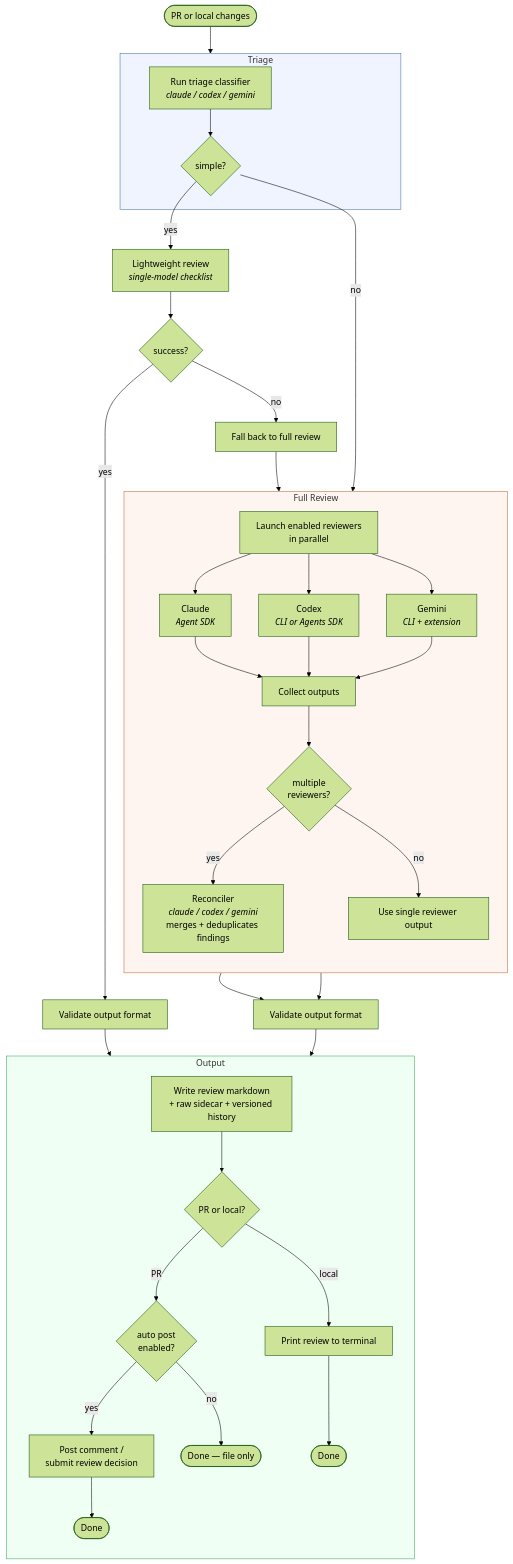
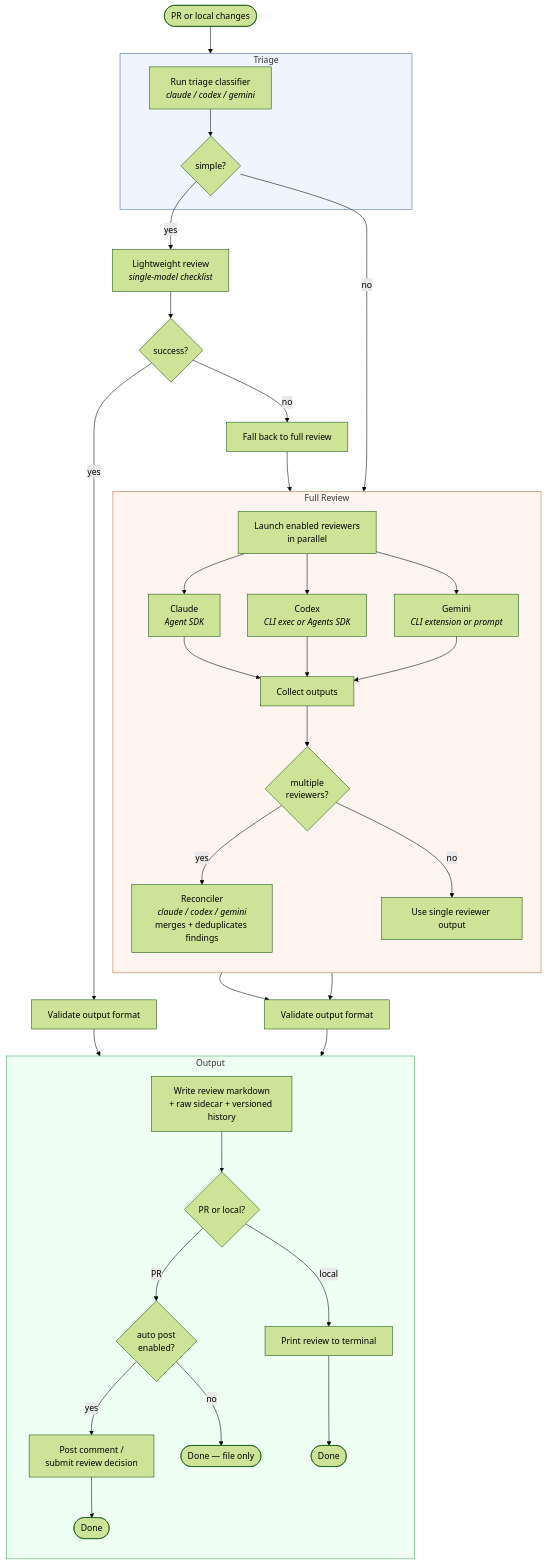
Before and after one commit to Inkvi/code-reviewer: the diagram in README.md, drawn with Mermaid (forest theme). The commit also changed other lines of this file and 27 other files, not shown here.

````diff
--- a/README.md
+++ b/README.md
@@ -233,54 +316,54 @@
 ```mermaid
 flowchart TD
     Start([PR or local changes]) --> Triage
 
     subgraph Triage
         T[Run triage classifier<br><i>claude / codex / gemini</i>]
         T --> Simple{simple?}
     end
 
     Simple -->|yes| LW[Lightweight review<br><i>single-model checklist</i>]
     LW --> LWValid{success?}
     LWValid -->|yes| Validate1[Validate output format]
     LWValid -->|no| Fallback[Fall back to full review]
     Validate1 --> Output
 
     Simple -->|no| FullReview
     Fallback --> FullReview
 
     subgraph FullReview [Full Review]
         direction TB
         Launch[Launch enabled reviewers<br>in parallel]
         Launch --> Claude[Claude<br><i>Agent SDK</i>]
-        Launch --> Codex[Codex<br><i>CLI or Agents SDK</i>]
-        Launch --> Gemini[Gemini<br><i>CLI + extension</i>]
+        Launch --> Codex[Codex<br><i>CLI exec or Agents SDK</i>]
+        Launch --> Gemini[Gemini<br><i>CLI extension or prompt</i>]
 
         Claude --> Collect[Collect outputs]
         Codex --> Collect
         Gemini --> Collect
 
         Collect --> Multi{multiple<br>reviewers?}
         Multi -->|yes| Reconcile[Reconciler<br><i>claude / codex / gemini</i><br>merges + deduplicates findings]
         Multi -->|no| Single[Use single reviewer output]
     end
 
     Reconcile --> Validate2[Validate output format]
     Single --> Validate2
     Validate2 --> Output
 
     subgraph Output [Output]
         direction TB
         Write[Write review markdown<br>+ raw sidecar + versioned history]
         Write --> Mode{PR or local?}
         Mode -->|PR| Publish{auto post<br>enabled?}
         Publish -->|yes| Post[Post comment /<br>submit review decision]
         Publish -->|no| Done1([Done — file only])
         Post --> Done2([Done])
         Mode -->|local| Print[Print review to terminal]
         Print --> Done3([Done])
     end
 
     style Triage fill:#f0f4ff,stroke:#4a6fa5
     style FullReview fill:#fff5f0,stroke:#c56a3a
     style Output fill:#f0fff4,stroke:#3aaa5b
 ```
````
